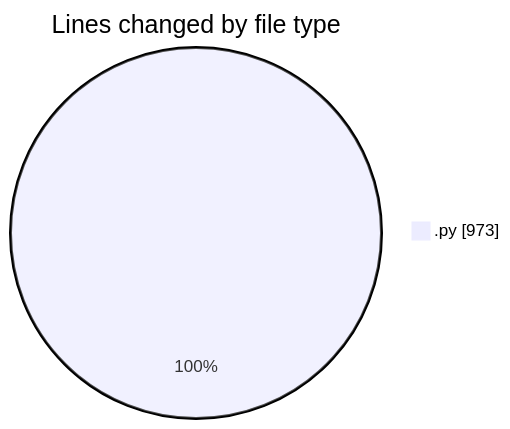
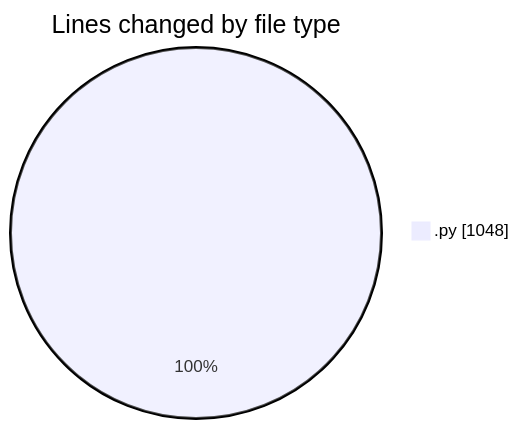
One commit to MatusMokan/code-tracking changed the first of 2 diagrams in 2025-04-19/myws__workspace_/README.md. Above: the diagram before and after it, drawn with Mermaid. The commit also changed other lines of this file and 1 other file, not shown here.

````diff
--- a/2025-04-19/myws__workspace_/README.md
+++ b/2025-04-19/myws__workspace_/README.md
@@ -21,5 +22,5 @@
 ```mermaid
 pie showData
 title Lines changed by file type
-".py" : 973
+".py" : 1048
 ```
````
